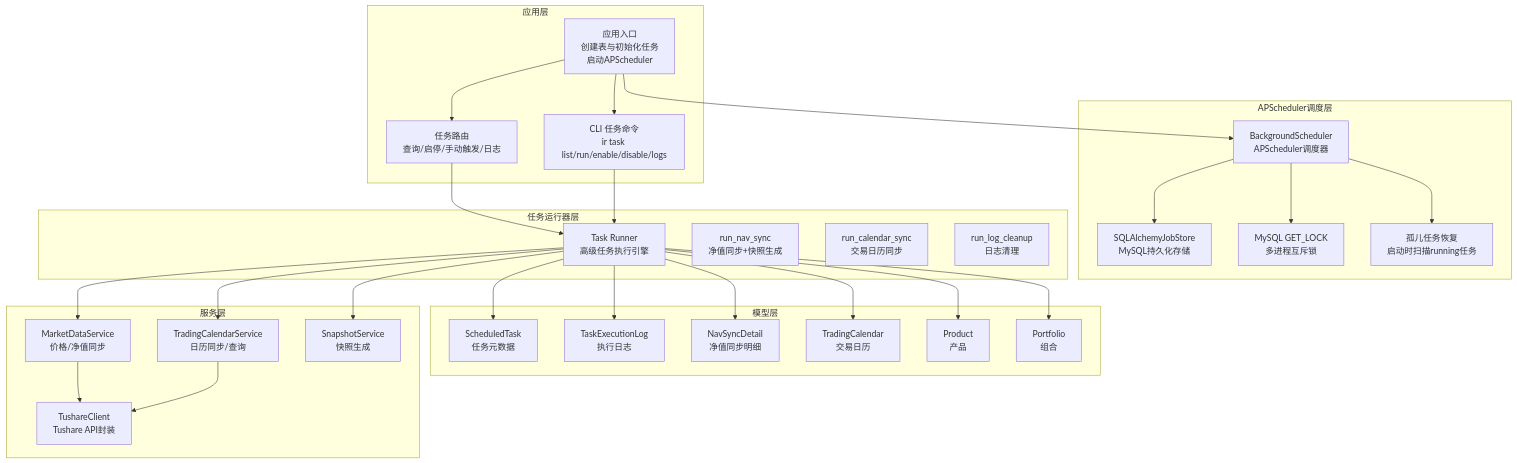
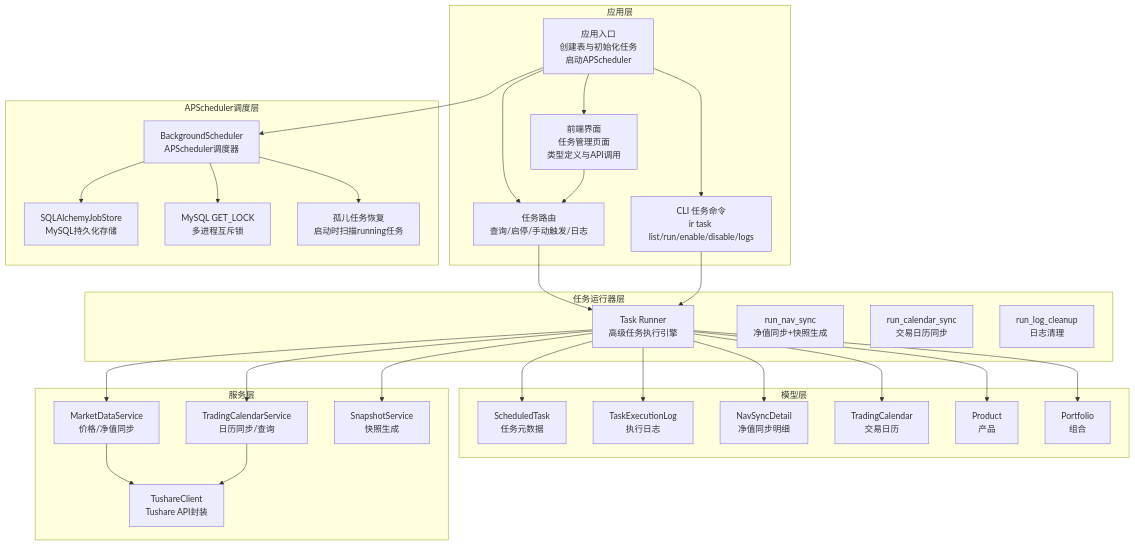
One commit to gujialind/InvestRing changed the first of 17 diagrams in .qoder/repowiki/zh/content/任务调度系统/任务调度系统.md. Above: the diagram before and after it, drawn with Mermaid. The commit also changed other lines of this file and 32 other files, not shown here.

````diff
--- a/.qoder/repowiki/zh/content/任务调度系统/任务调度系统.md
+++ b/.qoder/repowiki/zh/content/任务调度系统/任务调度系统.md
@@ -68,53 +70,56 @@
 ```mermaid
 graph TB
 subgraph "应用层"
 MAIN["应用入口<br/>创建表与初始化任务<br/>启动APScheduler"]
 ROUTER_TASKS["任务路由<br/>查询/启停/手动触发/日志"]
 CLI_TASKS["CLI 任务命令<br/>ir task list/run/enable/disable/logs"]
+FRONTEND["前端界面<br/>任务管理页面<br/>类型定义与API调用"]
 end
 subgraph "APScheduler调度层"
 SCHEDULER["BackgroundScheduler<br/>APScheduler调度器"]
 JOBSTORE["SQLAlchemyJobStore<br/>MySQL持久化存储"]
 LOCK_MECHANISM["MySQL GET_LOCK<br/>多进程互斥锁"]
 ORPHAN_RECOVERY["孤儿任务恢复<br/>启动时扫描running任务"]
 end
 subgraph "任务运行器层"
 TASK_RUNNER["Task Runner<br/>高级任务执行引擎"]
 RUN_NAV_SYNC["run_nav_sync<br/>净值同步+快照生成"]
 RUN_CALENDAR_SYNC["run_calendar_sync<br/>交易日历同步"]
 RUN_LOG_CLEANUP["run_log_cleanup<br/>日志清理"]
 end
 subgraph "模型层"
 MODEL_TASK["ScheduledTask<br/>任务元数据"]
 MODEL_LOG["TaskExecutionLog<br/>执行日志"]
 MODEL_DETAIL["NavSyncDetail<br/>净值同步明细"]
 MODEL_CALENDAR["TradingCalendar<br/>交易日历"]
 MODEL_PRODUCT["Product<br/>产品"]
 MODEL_PORTFOLIO["Portfolio<br/>组合"]
 end
 subgraph "服务层"
 SVC_MARKET["MarketDataService<br/>价格/净值同步"]
 SVC_CALENDAR["TradingCalendarService<br/>日历同步/查询"]
 SVC_TUSHARE["TushareClient<br/>Tushare API封装"]
 SVC_SNAPSHOT["SnapshotService<br/>快照生成"]
 end
 MAIN --> SCHEDULER
 MAIN --> ROUTER_TASKS
 MAIN --> CLI_TASKS
+MAIN --> FRONTEND
 SCHEDULER --> JOBSTORE
 SCHEDULER --> LOCK_MECHANISM
 SCHEDULER --> ORPHAN_RECOVERY
 ROUTER_TASKS --> TASK_RUNNER
 CLI_TASKS --> TASK_RUNNER
+FRONTEND --> ROUTER_TASKS
 TASK_RUNNER --> MODEL_TASK
 TASK_RUNNER --> MODEL_LOG
 TASK_RUNNER --> MODEL_DETAIL
 TASK_RUNNER --> MODEL_CALENDAR
 TASK_RUNNER --> MODEL_PRODUCT
 TASK_RUNNER --> MODEL_PORTFOLIO
 TASK_RUNNER --> SVC_MARKET
 TASK_RUNNER --> SVC_CALENDAR
 TASK_RUNNER --> SVC_SNAPSHOT
 SVC_MARKET --> SVC_TUSHARE
 SVC_CALENDAR --> SVC_TUSHARE
 ```
````
